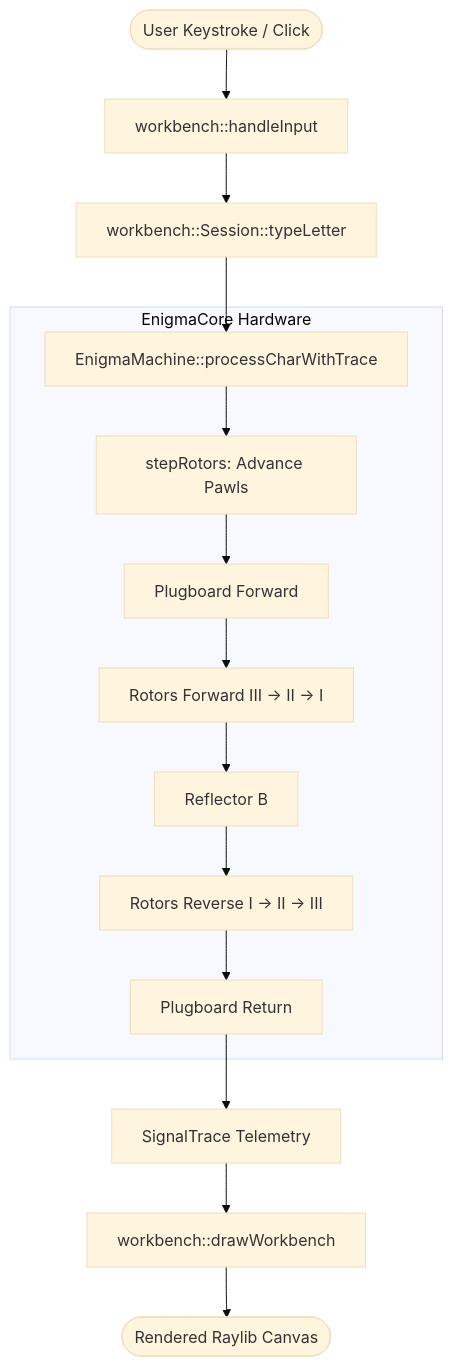
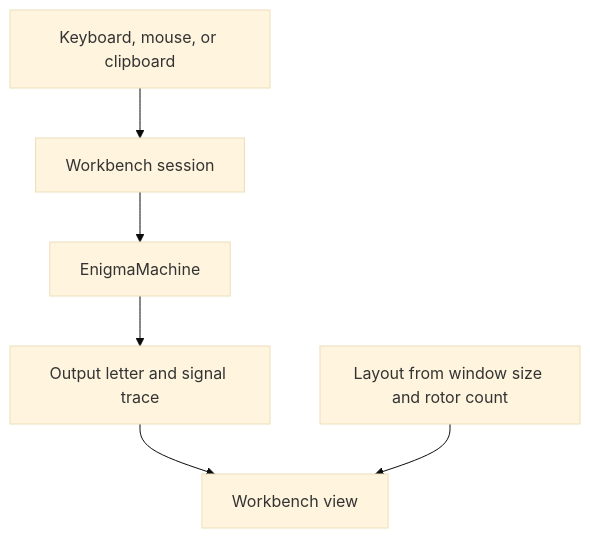
Before and after one commit to Ctrlm0nster/Enigma: the diagram in documentation/Architecture.md, drawn with Mermaid (base theme). The commit also changed other lines of this file and 23 other files, not shown here.

````diff
--- a/documentation/Architecture.md
+++ b/documentation/Architecture.md
@@ -74,17 +20,8 @@
 ```mermaid
 flowchart TD
-    User([User Keystroke / Click]) --> Input[workbench::handleInput]
-    Input --> Session[workbench::Session::typeLetter]
-    Session --> Machine[EnigmaMachine::processCharWithTrace]
-    subgraph Simulation [EnigmaCore Hardware]
-        Machine --> Step[stepRotors: Advance Pawls]
-        Step --> PB1[Plugboard Forward]
-        PB1 --> RF[Rotors Forward III -> II -> I]
-        RF --> Ref[Reflector B]
-        Ref --> RB[Rotors Reverse I -> II -> III]
-        RB --> PB2[Plugboard Return]
-    end
-    PB2 --> Trace[SignalTrace Telemetry]
-    Trace --> View[workbench::drawWorkbench]
-    View --> Screen([Rendered Raylib Canvas])
+    Input[Keyboard, mouse, or clipboard] --> Session[Workbench session]
+    Session --> Machine[EnigmaMachine]
+    Machine --> Trace[Output letter and signal trace]
+    Trace --> View[Workbench view]
+    Layout[Layout from window size and rotor count] --> View
 ```
````
